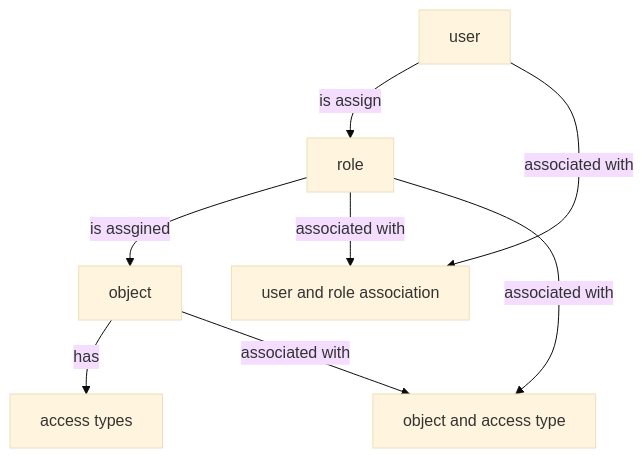
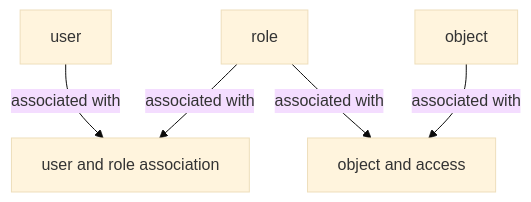
Before and after one commit to milan888-design/rbac: the first of 2 diagrams in README.md, drawn with Mermaid (base theme). The commit also changed other lines of this file, not shown here.

````diff
--- a/README.md
+++ b/README.md
@@ -13,10 +13,7 @@
 ```mermaid  
-flowchart TD  
-    A[user] -->|is assign| B[role]  
-    B[role] -->|is assgined| C[object]  
-    C[object] -->|has| D[access types]  
+flowchart TD   
     A[user] -->|associated with| E[user and role association]  
     B[role] -->|associated with| E[user and role association]  
-    B[role] -->|associated with| F[object and access type]  
-    C[object] -->|associated with| F[object and access type]  
+    B[role] -->|associated with| F[object and access]  
+    C[object] -->|associated with| F[object and access]  
 ```  
````
